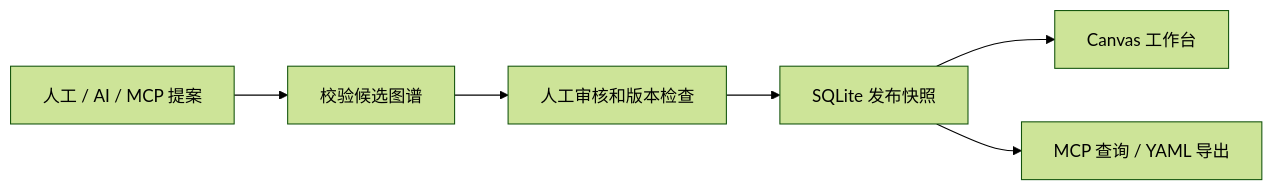
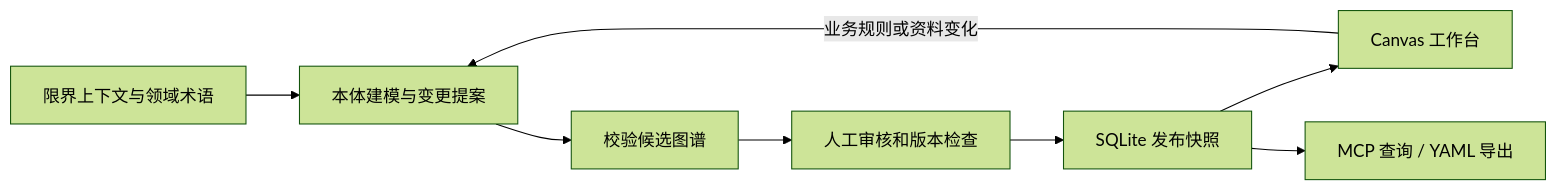
One commit to shanghe000/domain-grove changed the diagram in README.md. Above: the diagram before and after it, drawn with Mermaid (forest theme). The commit also changed other lines of this file and 20 other files, not shown here.

````diff
--- a/README.md
+++ b/README.md
@@ -41,8 +53,10 @@
 ```mermaid
 flowchart LR
-    D["人工 / AI / MCP 提案"] --> V["校验候选图谱"]
+    C["限界上下文与领域术语"] --> D["本体建模与变更提案"]
+    D --> V["校验候选图谱"]
     V --> R["人工审核和版本检查"]
     R --> S["SQLite 发布快照"]
     S --> W["Canvas 工作台"]
     S --> M["MCP 查询 / YAML 导出"]
+    W -->|业务规则或资料变化| D
 ```
````
